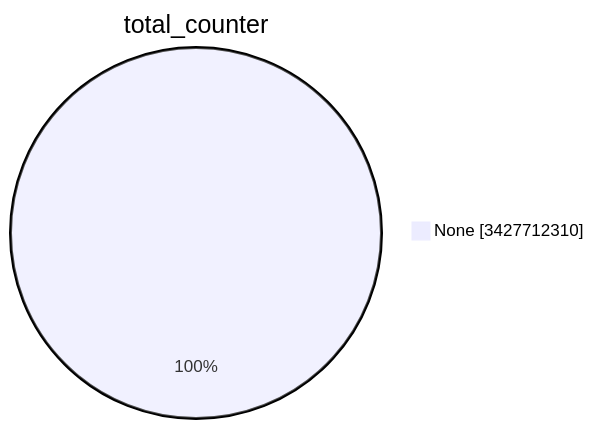
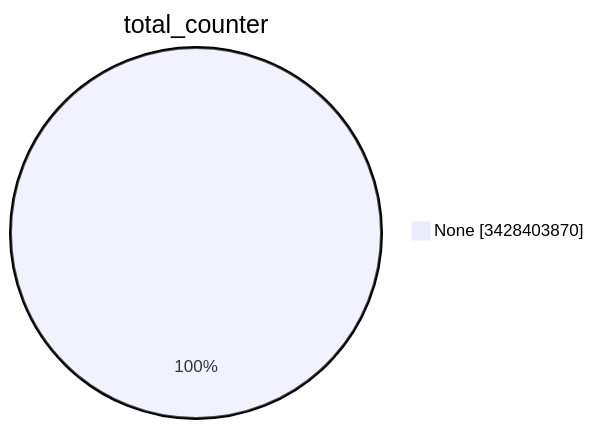
Before and after one commit to christiankrug/ctmonitor_visualization: the first of 15 diagrams in TOTAL/README.md, drawn with Mermaid. The commit also changed other lines of this file, not shown here.

````diff
--- a/TOTAL/README.md
+++ b/TOTAL/README.md
@@ -1,5 +1,5 @@
 ```mermaid
 pie showData
 title total_counter
-"None" :3427712310
+"None" :3428403870
 ```
````
